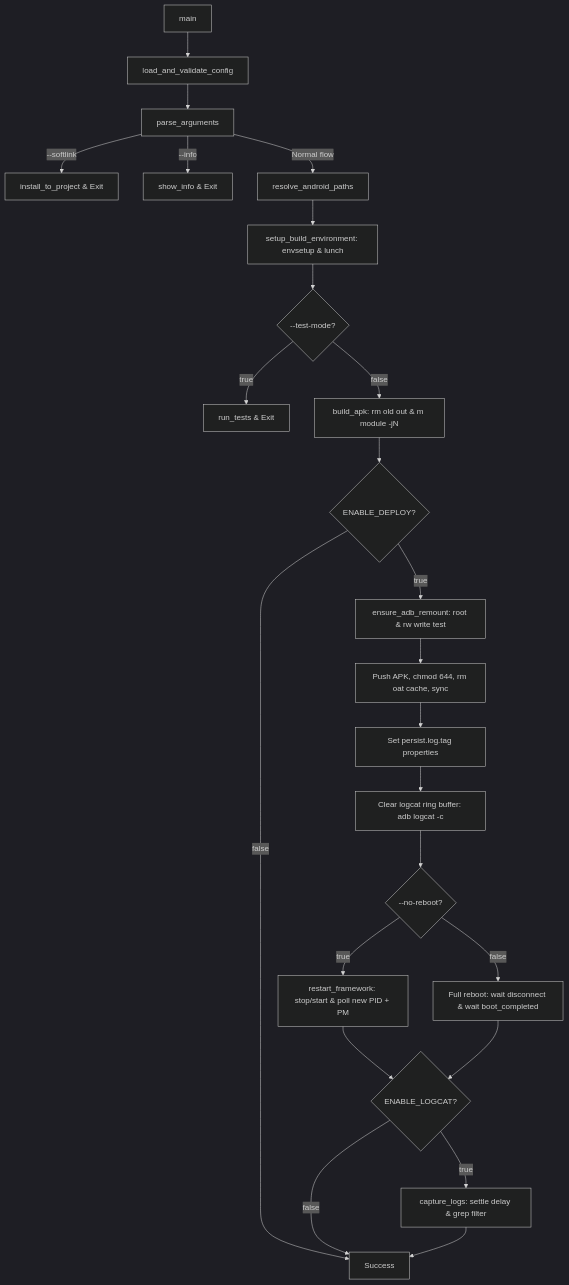
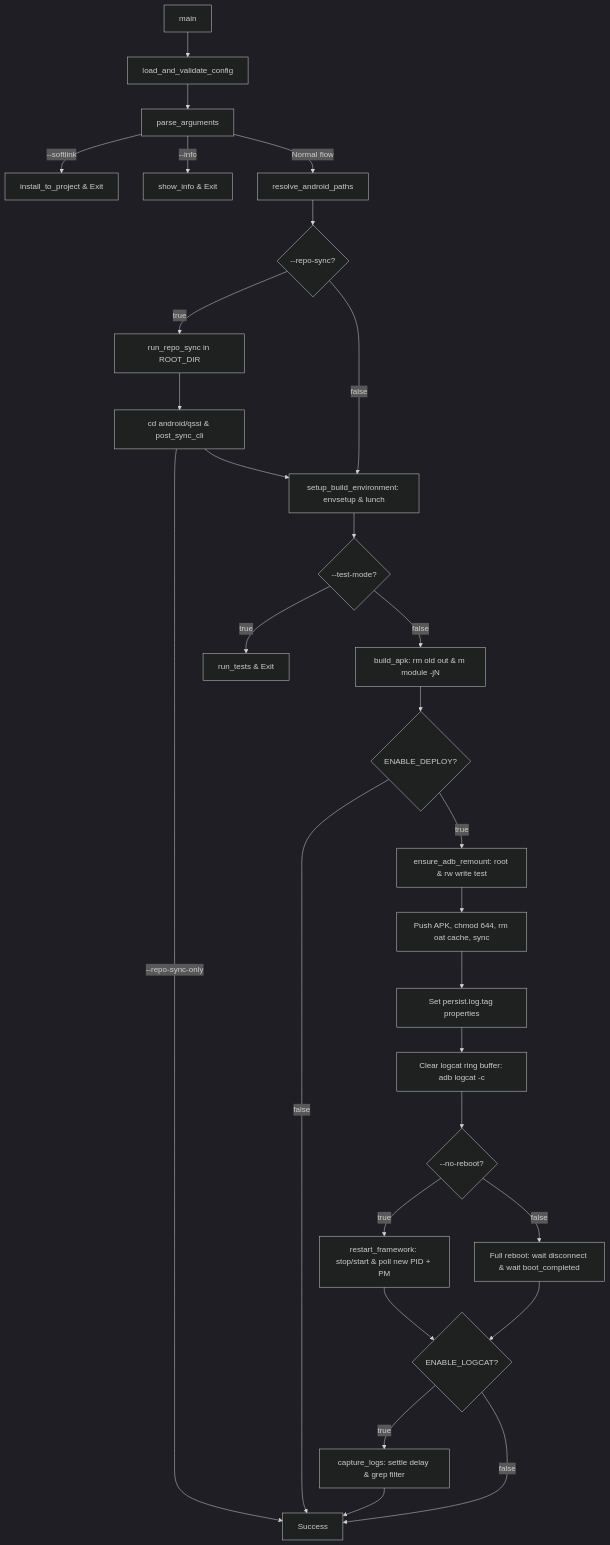
The diagram in Java_Android/scripts/build/README.md (letrthong/telua_skill), drawn with Mermaid (dark theme) before and after one commit. The commit also changed other lines of this file and 2 other files, not shown here.

Commit message:
repo-sync

````diff
--- a/Java_Android/scripts/build/README.md
+++ b/Java_Android/scripts/build/README.md
@@ -217,26 +232,31 @@
 ```mermaid
 flowchart TD
     A[main] --> B[load_and_validate_config]
     B --> C[parse_arguments]
     C -->|--softlink| D[install_to_project & Exit]
     C -->|--info| E[show_info & Exit]
     C -->|Normal flow| F[resolve_android_paths]
-    F --> G[setup_build_environment: envsetup & lunch]
-    G --> H{--test-mode?}
-    H -->|true| I[run_tests & Exit]
-    H -->|false| J[build_apk: rm old out & m module -jN]
-    J --> K{ENABLE_DEPLOY?}
-    K -->|false| Z[Success]
-    K -->|true| L[ensure_adb_remount: root & rw write test]
-    L --> M[Push APK, chmod 644, rm oat cache, sync]
-    M --> N[Set persist.log.tag properties]
-    N --> O[Clear logcat ring buffer: adb logcat -c]
-    O --> P{--no-reboot?}
-    P -->|true| Q[restart_framework: stop/start & poll new PID + PM]
-    P -->|false| R[Full reboot: wait disconnect & wait boot_completed]
-    Q --> S{ENABLE_LOGCAT?}
-    R --> S
-    S -->|true| T[capture_logs: settle delay & grep filter]
-    S -->|false| Z
-    T --> Z
+    F --> G{--repo-sync?}
+    G -->|true| H1[run_repo_sync in ROOT_DIR]
+    H1 --> H2[cd android/qssi & post_sync_cli]
+    H2 -->|--repo-sync-only| Z[Exit 0]
+    H2 --> I[setup_build_environment: envsetup & lunch]
+    G -->|false| I
+    I --> J{--test-mode?}
+    J -->|true| K[run_tests & Exit]
+    J -->|false| L[build_apk: rm old out & m module -jN]
+    L --> M{ENABLE_DEPLOY?}
+    M -->|false| Z[Success]
+    M -->|true| N[ensure_adb_remount: root & rw write test]
+    N --> O[Push APK, chmod 644, rm oat cache, sync]
+    O --> P[Set persist.log.tag properties]
+    P --> Q[Clear logcat ring buffer: adb logcat -c]
+    Q --> R{--no-reboot?}
+    R -->|true| S[restart_framework: stop/start & poll new PID + PM]
+    R -->|false| T[Full reboot: wait disconnect & wait boot_completed]
+    S --> U{ENABLE_LOGCAT?}
+    T --> U
+    U -->|true| V[capture_logs: settle delay & grep filter]
+    U -->|false| Z
+    V --> Z
 ```
````
